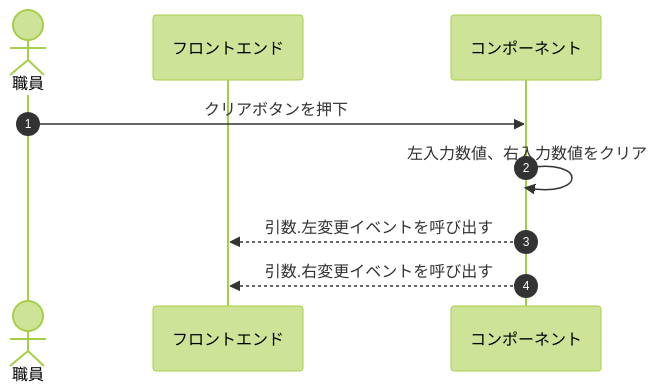
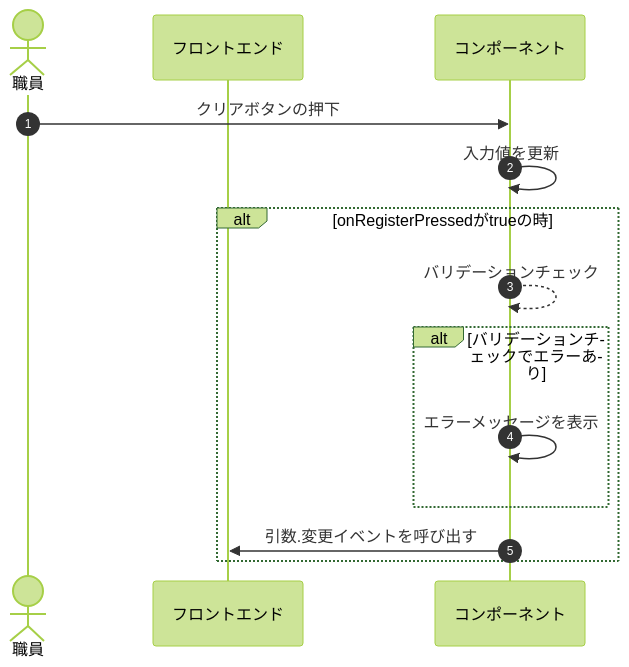
One commit to MrWangpeilin945/FlutterIOS changed the diagram in Documents/UI設計書/src/docs/コンポーネント/CP1009_検査項目グループ_検査：数値（左右）/CP1009-ClearButtonPressed.mmd. Above: the diagram before and after it, drawn with Mermaid. The commit also changed 22 other files, not shown here.

Commit message:
シーケンス図を修正

```diff
--- a/Documents/UI設計書/src/docs/コンポーネント/CP1009_検査項目グループ_検査：数値（左右）/CP1009-ClearButtonPressed.mmd
+++ b/Documents/UI設計書/src/docs/コンポーネント/CP1009_検査項目グループ_検査：数値（左右）/CP1009-ClearButtonPressed.mmd
@@ -1,11 +1,16 @@
 %%{init:{'theme':'forest'}}%%
 sequenceDiagram
 autonumber
   actor User as 職員
   participant FE as フロントエンド
   participant KN as コンポーネント  
 
-  User->>KN:クリアボタンを押下
-  KN->>KN:左入力数値、右入力数値をクリア
-  KN-->>FE:引数.左変更イベントを呼び出す
-  KN-->>FE:引数.右変更イベントを呼び出す
+  User->>KN:クリアボタンの押下
+  KN->>KN:入力値を更新
+  alt onRegisterPressedがtrueの時
+  KN-->>KN:バリデーションチェック
+  alt バリデーションチェックでエラーあり
+  KN->>KN:エラーメッセージを表示
+  end
+  KN->>FE:引数.変更イベントを呼び出す
+end
```
